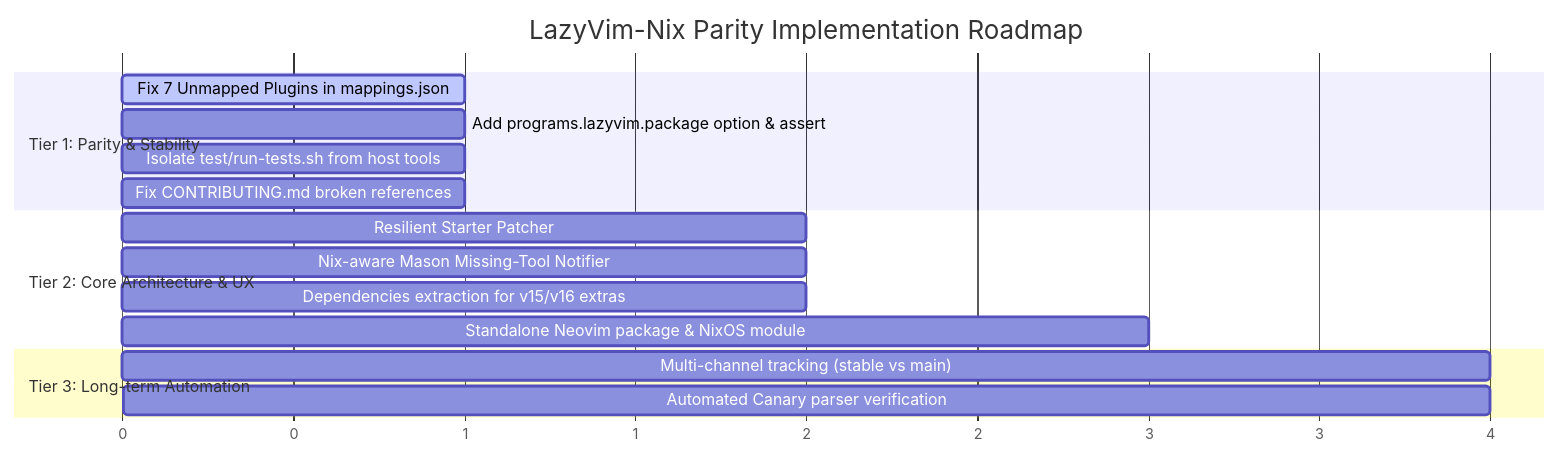
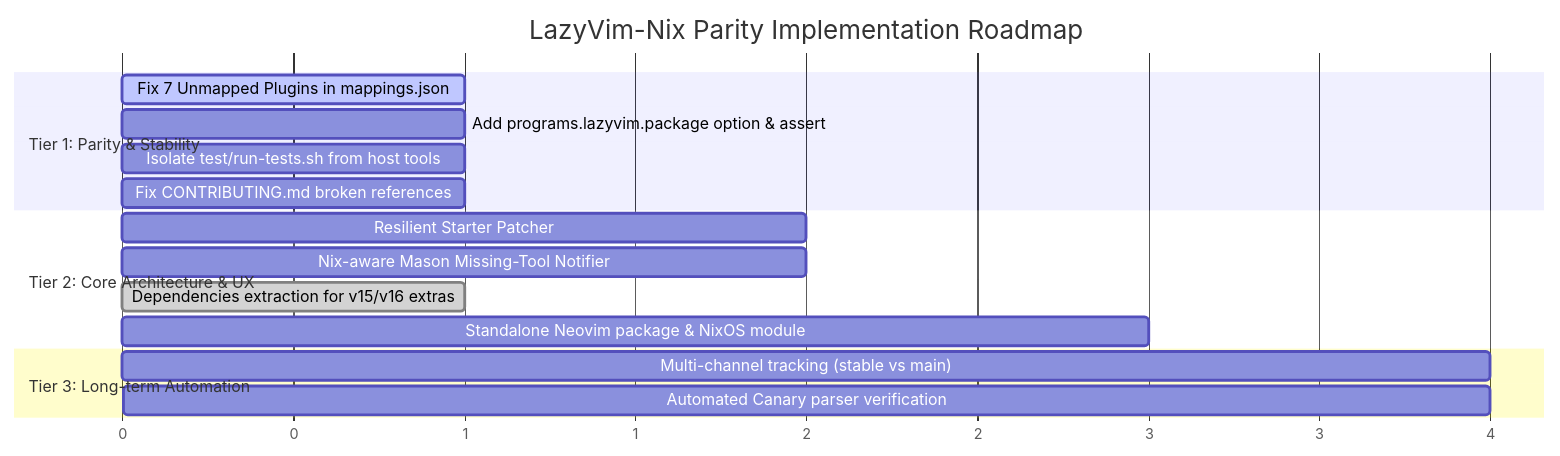
The second of 2 diagrams in IMPROVEMENTS.md (pfassina/lazyvim-nix), drawn with Mermaid before and after one commit. The commit also changed other lines of this file and 7 other files, not shown here.

````diff
--- a/IMPROVEMENTS.md
+++ b/IMPROVEMENTS.md
@@ -163,22 +161,22 @@
 ```mermaid
 gantt
     title LazyVim-Nix Parity Implementation Roadmap
     dateFormat  X
     axisFormat %s
 
     section Tier 1: Parity & Stability
     Fix 7 Unmapped Plugins in mappings.json       :active, t1_1, 0, 1
     Add programs.lazyvim.package option & assert  :t1_2, 0, 1
     Isolate test/run-tests.sh from host tools    :t1_3, 0, 1
     Fix CONTRIBUTING.md broken references        :t1_4, 0, 1
 
     section Tier 2: Core Architecture & UX
     Resilient Starter Patcher                    :t2_1, 1, 2
     Nix-aware Mason Missing-Tool Notifier        :t2_2, 1, 2
-    Dependencies extraction for v15/v16 extras   :t2_3, 1, 2
+    Dependencies extraction for v15/v16 extras   :done, t2_3, 0, 1
     Standalone Neovim package & NixOS module     :t2_4, 1, 3
 
     section Tier 3: Long-term Automation
     Multi-channel tracking (stable vs main)      :t3_1, 2, 4
     Automated Canary parser verification         :t3_2, 3, 4
 ```
````
